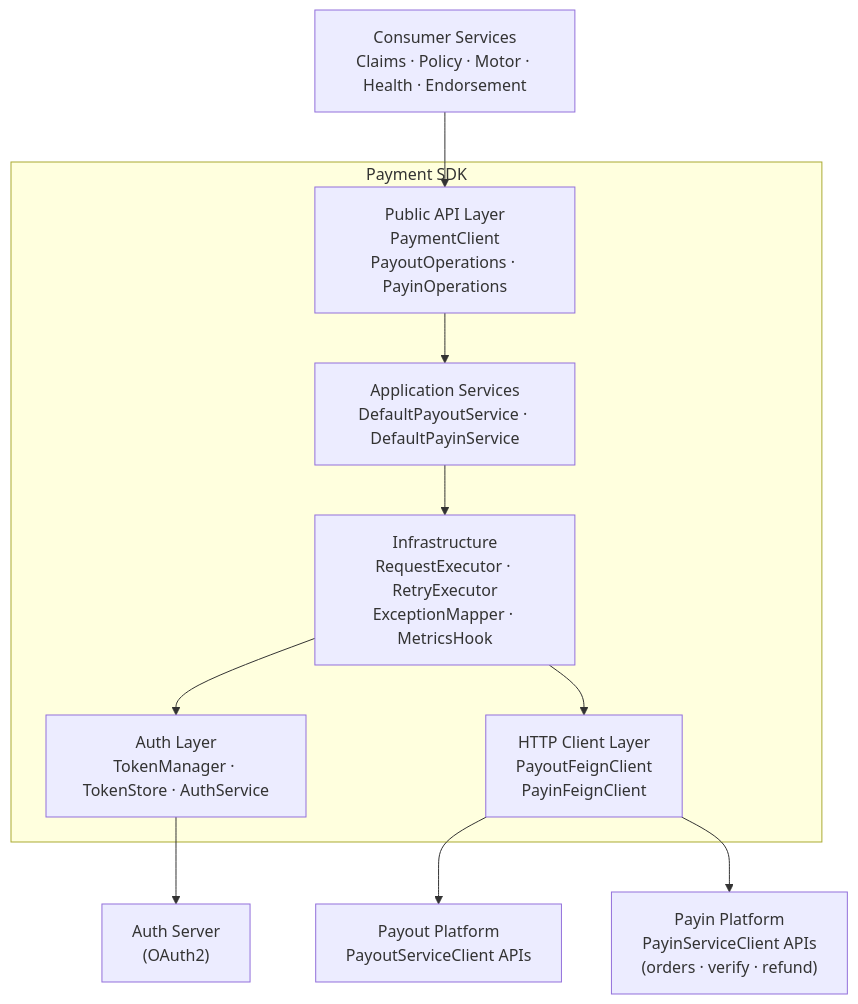
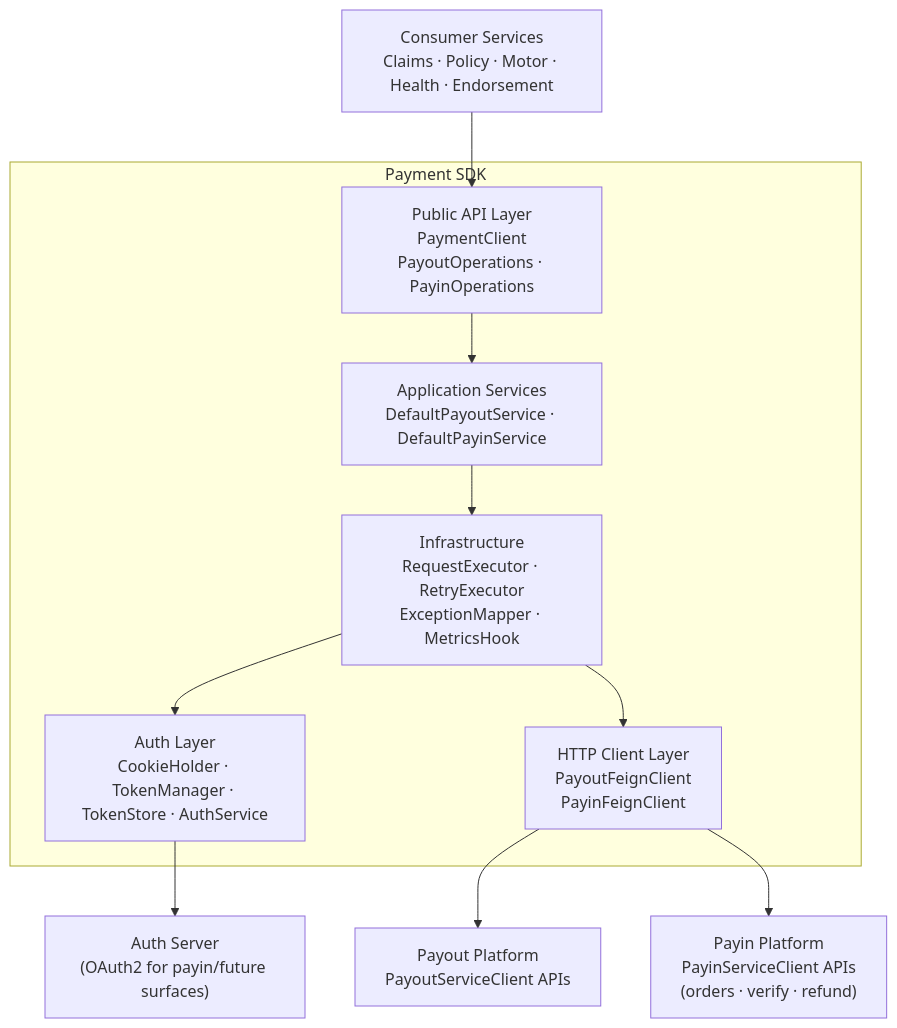
Before and after one commit to Sahilsoni88/acko-payments-sdk: the first of 4 diagrams in docs/architecture.md, drawn with Mermaid. The commit also changed other lines of this file and 124 other files, not shown here.

````diff
--- a/docs/architecture.md
+++ b/docs/architecture.md
@@ -5,25 +5,25 @@
 ```mermaid
 graph TD
     CS["Consumer Services\nClaims · Policy · Motor · Health · Endorsement"]
 
     subgraph SDK["Payment SDK"]
         API["Public API Layer\nPaymentClient\nPayoutOperations · PayinOperations"]
         SVC["Application Services\nDefaultPayoutService · DefaultPayinService"]
         INFRA["Infrastructure\nRequestExecutor · RetryExecutor\nExceptionMapper · MetricsHook"]
-        AUTH["Auth Layer\nTokenManager · TokenStore · AuthService"]
+        AUTH["Auth Layer\nCookieHolder · TokenManager · TokenStore · AuthService"]
         HTTP["HTTP Client Layer\nPayoutFeignClient\nPayinFeignClient"]
     end
 
-    AS["Auth Server\n(OAuth2)"]
+    AS["Auth Server\n(OAuth2 for payin/future surfaces)"]
     PAYOUT["Payout Platform\nPayoutServiceClient APIs"]
     PAYIN["Payin Platform\nPayinServiceClient APIs\n(orders · verify · refund)"]
 
     CS --> API
     API --> SVC
     SVC --> INFRA
     INFRA --> AUTH
     INFRA --> HTTP
     AUTH --> AS
     HTTP --> PAYOUT
     HTTP --> PAYIN
 ```
````
